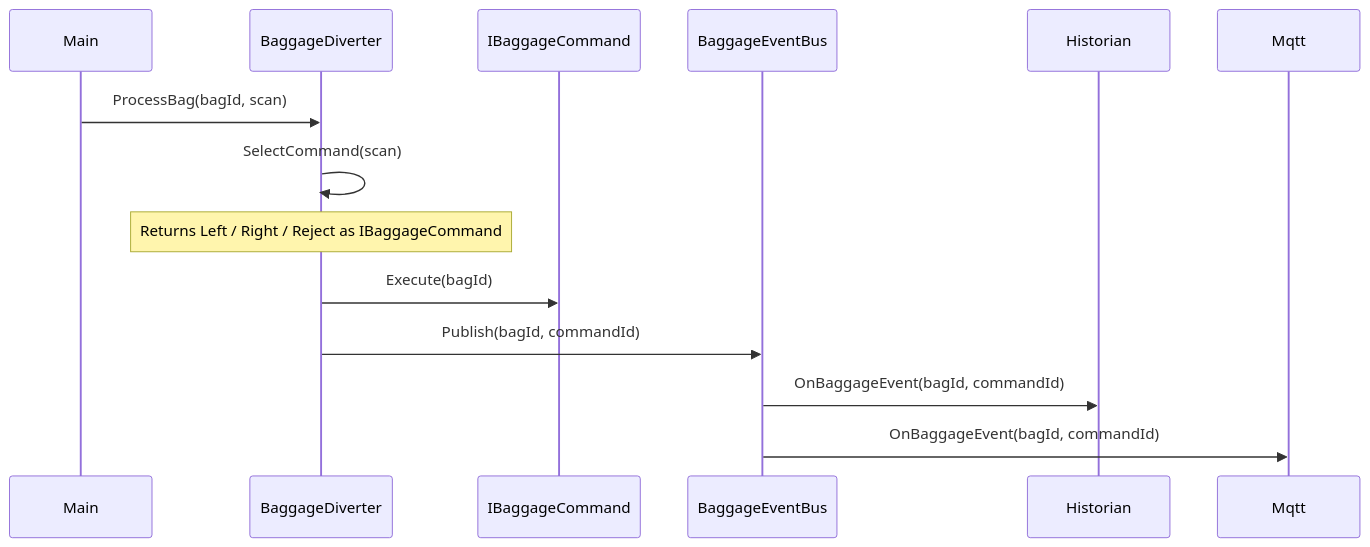
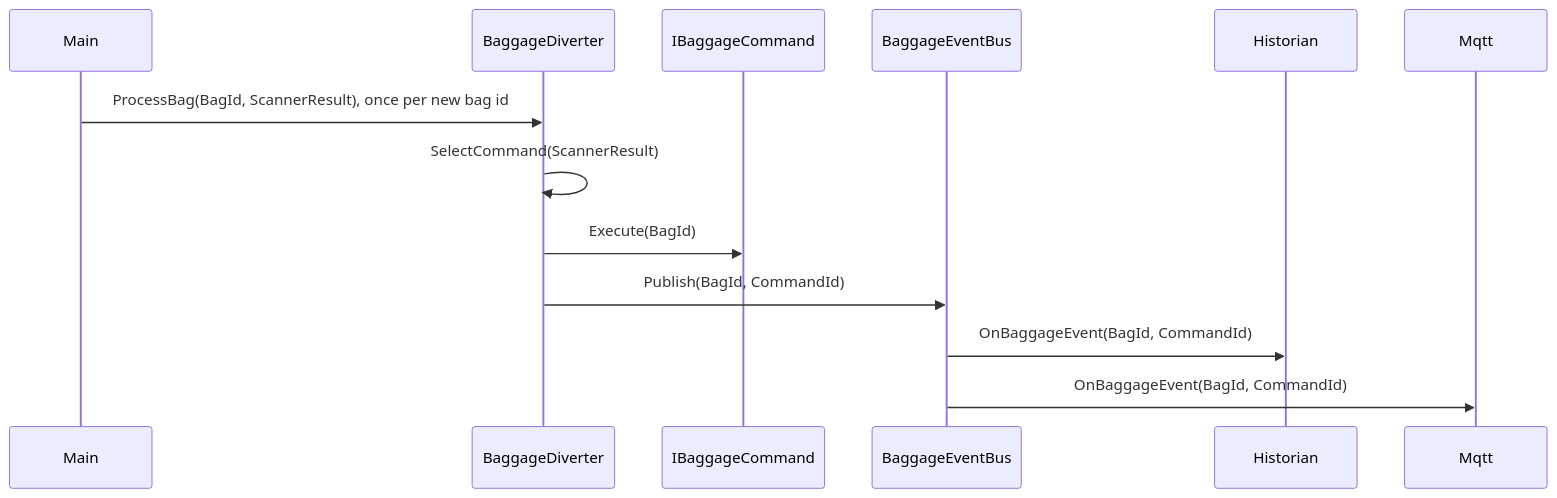
Before and after one commit to johannesPettersson80/trust-platform: the diagram in examples/OSCAT/airport_baggage_command_observer/README.md, drawn with Mermaid. The commit also changed other lines of this file and 6 other files, not shown here.

First line of the commit message:
Walk the OSCAT airport baggage diverter through both projects with real runs, and decide each bag once

````diff
--- a/examples/OSCAT/airport_baggage_command_observer/README.md
+++ b/examples/OSCAT/airport_baggage_command_observer/README.md
@@ -79,16 +129,15 @@
 ```mermaid
 sequenceDiagram
     participant Main
     participant D as BaggageDiverter
     participant C as IBaggageCommand
     participant Bus as BaggageEventBus
     participant H as Historian
     participant M as Mqtt
-    Main->>D: ProcessBag(bagId, scan)
-    D->>D: SelectCommand(scan)
-    Note over D: Returns Left / Right / Reject as IBaggageCommand
-    D->>C: Execute(bagId)
-    D->>Bus: Publish(bagId, commandId)
-    Bus->>H: OnBaggageEvent(bagId, commandId)
-    Bus->>M: OnBaggageEvent(bagId, commandId)
+    Main->>D: ProcessBag(BagId, ScannerResult), once per new bag id
+    D->>D: SelectCommand(ScannerResult)
+    D->>C: Execute(BagId)
+    D->>Bus: Publish(BagId, CommandId)
+    Bus->>H: OnBaggageEvent(BagId, CommandId)
+    Bus->>M: OnBaggageEvent(BagId, CommandId)
 ```
````
